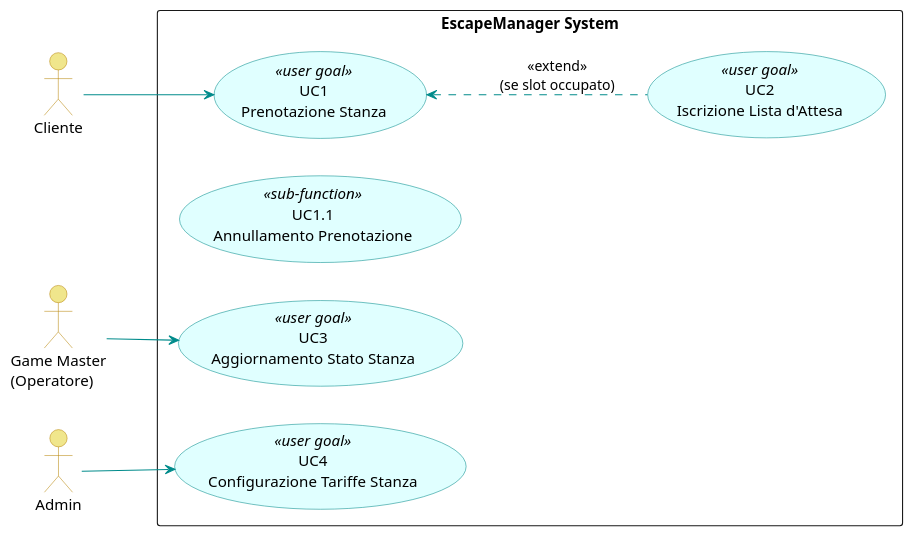
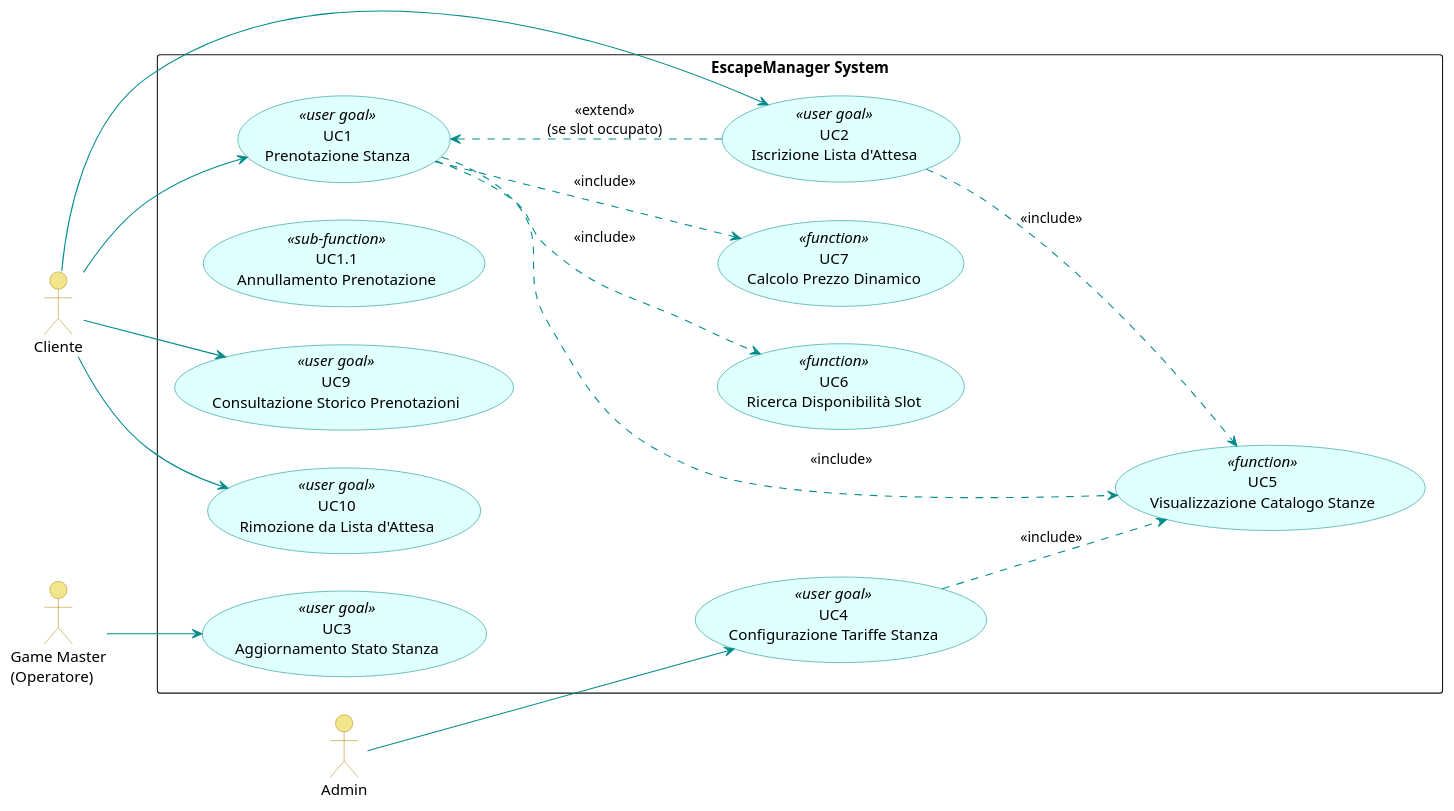
The diagram in docs/UML/usecase_diagram.puml (Adrycasta04/EscapeManager), drawn with PlantUML before and after one commit. The commit also changed 14 other files, not shown here.

Commit message:
feat: Add initial database schema, comprehensive LaTeX documentation, and UML diagrams.

```diff
--- a/docs/UML/usecase_diagram.puml
+++ b/docs/UML/usecase_diagram.puml
@@ -1,42 +1,61 @@
 @startuml usecase_diagram
 left to right direction
 skinparam packageStyle rectangle
 skinparam usecase {
     BackgroundColor LightCyan
     BorderColor DarkCyan
     ArrowColor DarkCyan
 }
 skinparam actor {
     BackgroundColor Khaki
     BorderColor DarkGoldenRod
 }
 
 actor "Cliente" as C
 actor "Game Master\n(Operatore)" as GM
 actor "Admin" as A
 
 rectangle "EscapeManager System" {
-    
+
     ' --- Casi d'uso Cliente ---
     usecase "UC1\nPrenotazione Stanza" <<user goal>> as UC_C1
     usecase "UC1.1\nAnnullamento Prenotazione" <<sub-function>> as UC_C1_1
     usecase "UC2\nIscrizione Lista d'Attesa" <<user goal>> as UC_C2
-    
+    usecase "UC9\nConsultazione Storico Prenotazioni" <<user goal>> as UC_C9
+    usecase "UC10\nRimozione da Lista d'Attesa" <<user goal>> as UC_C10
+
     ' --- Casi d'uso Game Master ---
     usecase "UC3\nAggiornamento Stato Stanza" <<user goal>> as UC_GM3
-    
+
     ' --- Casi d'uso Admin ---
     usecase "UC4\nConfigurazione Tariffe Stanza" <<user goal>> as UC_A2
+
+    ' --- Casi d'uso di livello Function (riutilizzabili) ---
+    usecase "UC5\nVisualizzazione Catalogo Stanze" <<function>> as UC_F5
+    usecase "UC6\nRicerca Disponibilità Slot" <<function>> as UC_F6
+    usecase "UC7\nCalcolo Prezzo Dinamico" <<function>> as UC_F7
 }
 
 ' --- Relazioni Attori -> Casi d'uso ---
 C --> UC_C1
+C --> UC_C2
+C --> UC_C9
+C --> UC_C10
 
 GM --> UC_GM3
 
 A --> UC_A2
 
 ' --- Relazioni <<extend>> (Flussi alternativi/opzionali) ---
 UC_C2 .up.> UC_C1 : <<extend>>\n(se slot occupato)
 
+' --- Relazioni <<include>> (Funzioni riutilizzabili obbligatorie) ---
+UC_C1 ..> UC_F5 : <<include>>
+UC_C1 ..> UC_F6 : <<include>>
+UC_C1 ..> UC_F7 : <<include>>
+
+UC_C2 ..> UC_F5 : <<include>>
+
+UC_A2 ..> UC_F5 : <<include>>
+
 @enduml
```
